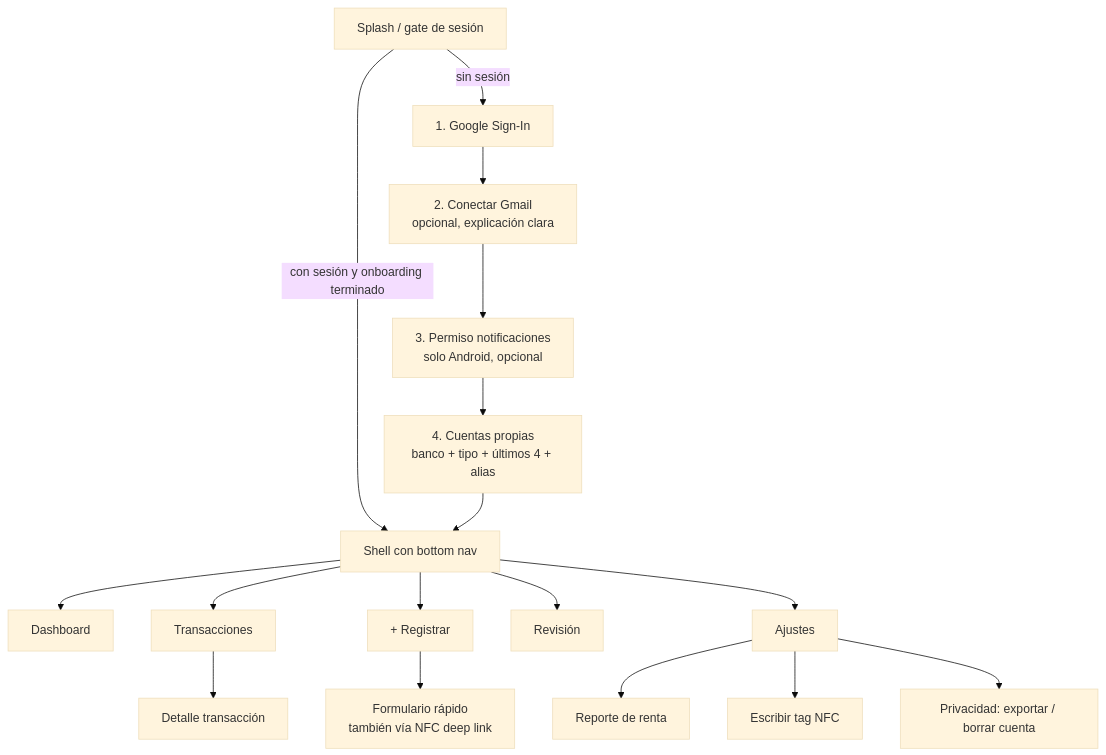
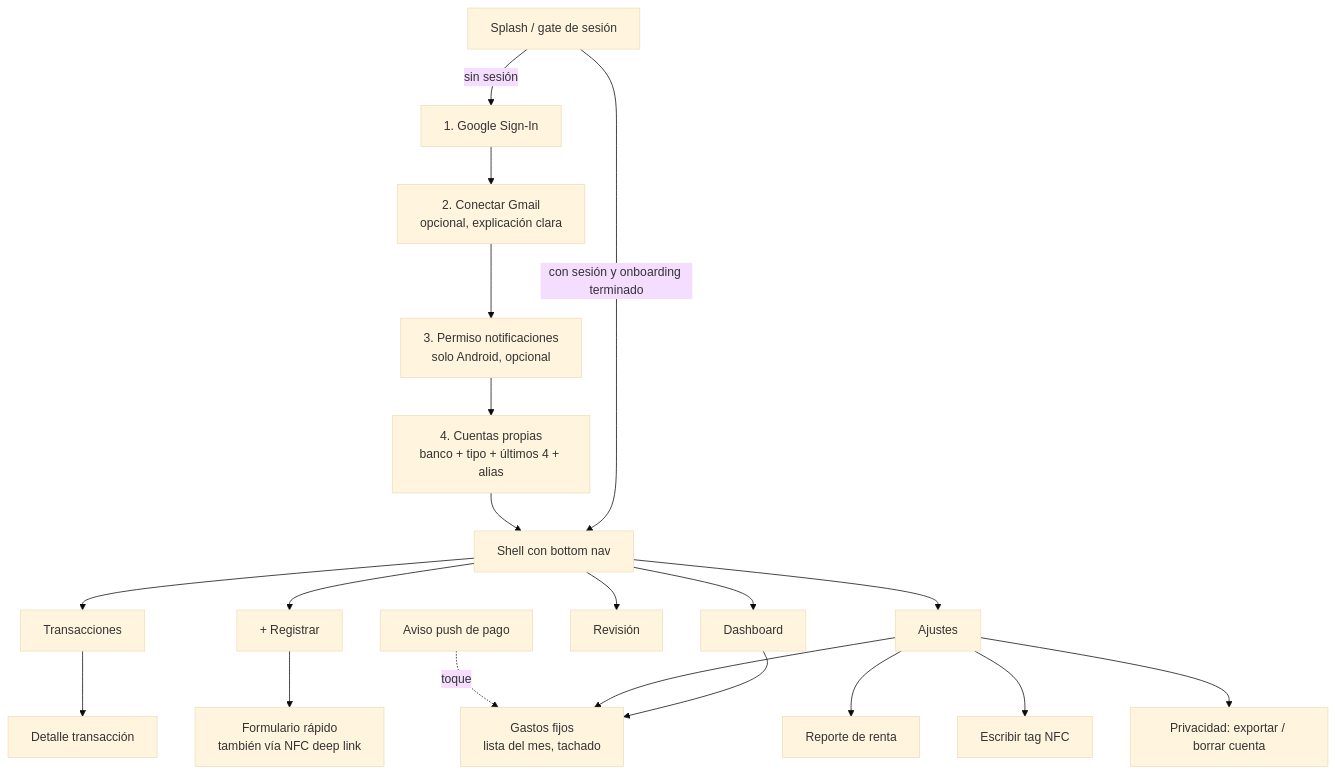
Before and after one commit to CristianmMst/luka: the diagram in docs/specs/008-app-flutter/spec.md, drawn with Mermaid (base theme). The commit also changed other lines of this file and 11 other files, not shown here.

First line of the commit message:
docs(specs): gastos fijos y recordatorios push (RF-12)

````diff
--- a/docs/specs/008-app-flutter/spec.md
+++ b/docs/specs/008-app-flutter/spec.md
@@ -9,21 +9,24 @@
 ```mermaid
 flowchart TD
     SPLASH[Splash / gate de sesión] -->|sin sesión| G[1. Google Sign-In]
     SPLASH -->|con sesión y onboarding terminado| HOME
     G --> GM[2. Conectar Gmail<br/>opcional, explicación clara]
     GM --> NP[3. Permiso notificaciones<br/>solo Android, opcional]
     NP --> ACC[4. Cuentas propias<br/>banco + tipo + últimos 4 + alias]
     ACC --> HOME
 
     HOME[Shell con bottom nav] --> D[Dashboard]
     HOME --> TX[Transacciones]
     HOME --> ADD[+ Registrar]
     HOME --> RV[Revisión]
     HOME --> ST[Ajustes]
 
     TX --> TXD[Detalle transacción]
+    D --> RE[Gastos fijos<br/>lista del mes, tachado]
+    ST --> RE
+    PUSH[Aviso push de pago] -.->|toque| RE
     ADD --> QA[Formulario rápido<br/>también vía NFC deep link]
     ST --> FR[Reporte de renta]
     ST --> NFCW[Escribir tag NFC]
     ST --> PRIV[Privacidad: exportar / borrar cuenta]
 ```
````
